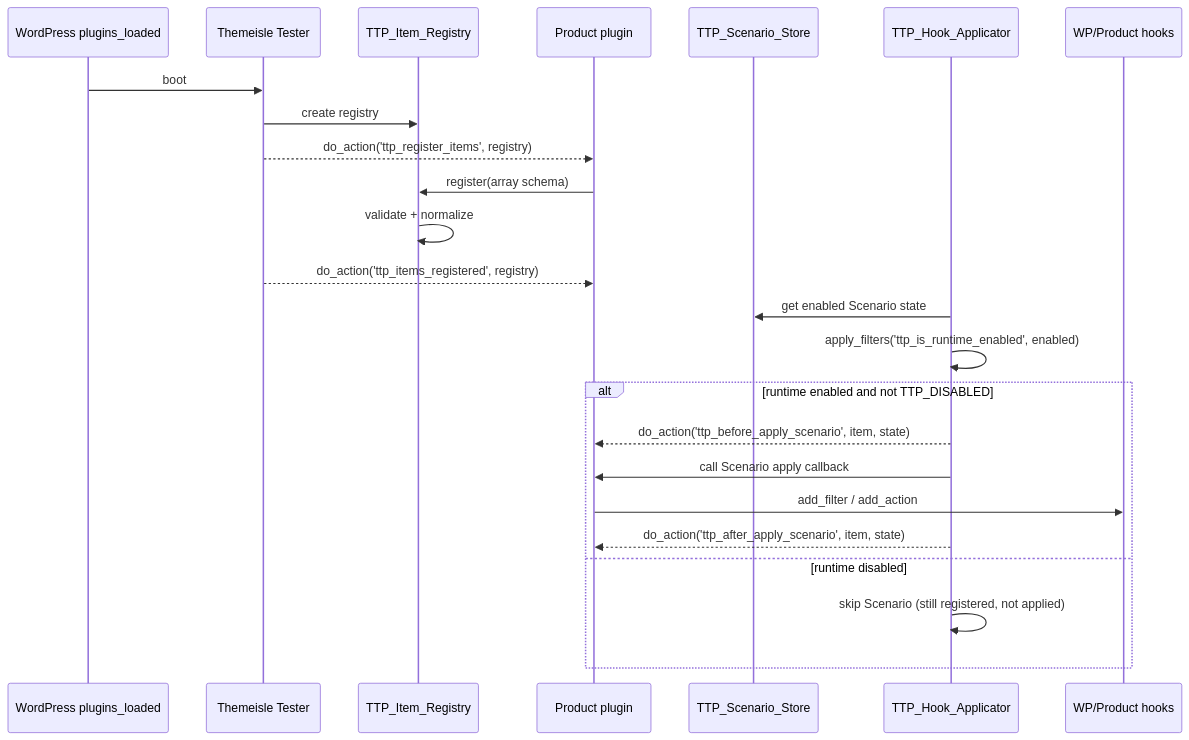
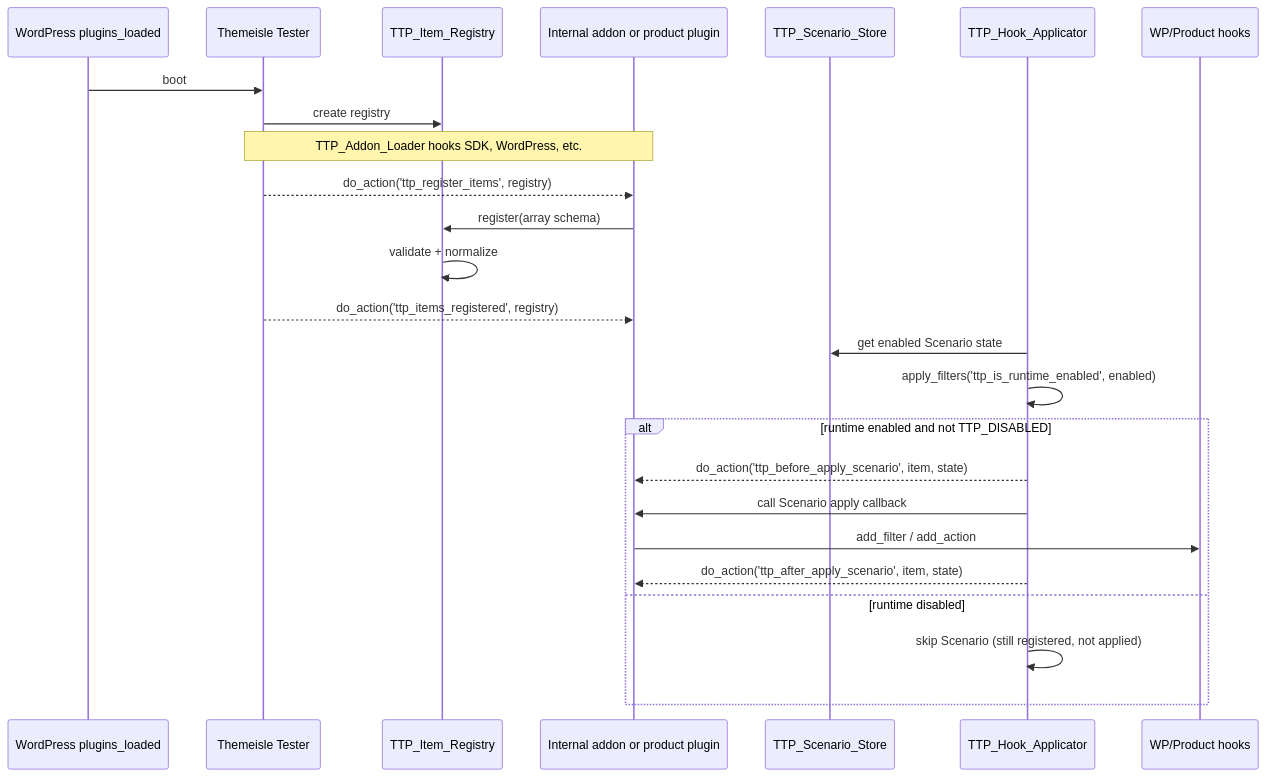
One commit to Soare-Robert-Daniel/themeisle-tester changed the fifth of 8 diagrams in docs/architecture.md. Above: the diagram before and after it, drawn with Mermaid. The commit also changed other lines of this file and 52 other files, not shown here.

````diff
--- a/docs/architecture.md
+++ b/docs/architecture.md
@@ -165,27 +175,28 @@
 ```mermaid
 sequenceDiagram
     participant WP as WordPress plugins_loaded
     participant Tester as Themeisle Tester
     participant Registry as TTP_Item_Registry
-    participant Product as Product plugin
+    participant Registrant as Internal addon or product plugin
     participant Store as TTP_Scenario_Store
     participant Applicator as TTP_Hook_Applicator
     participant Hooks as WP/Product hooks
 
     WP->>Tester: boot
     Tester->>Registry: create registry
-    Tester-->>Product: do_action('ttp_register_items', registry)
-    Product->>Registry: register(array schema)
+    Note over Tester,Registrant: TTP_Addon_Loader hooks SDK, WordPress, etc.
+    Tester-->>Registrant: do_action('ttp_register_items', registry)
+    Registrant->>Registry: register(array schema)
     Registry->>Registry: validate + normalize
-    Tester-->>Product: do_action('ttp_items_registered', registry)
+    Tester-->>Registrant: do_action('ttp_items_registered', registry)
     Applicator->>Store: get enabled Scenario state
     Applicator->>Applicator: apply_filters('ttp_is_runtime_enabled', enabled)
     alt runtime enabled and not TTP_DISABLED
-        Applicator-->>Product: do_action('ttp_before_apply_scenario', item, state)
-        Applicator->>Product: call Scenario apply callback
-        Product->>Hooks: add_filter / add_action
-        Applicator-->>Product: do_action('ttp_after_apply_scenario', item, state)
+        Applicator-->>Registrant: do_action('ttp_before_apply_scenario', item, state)
+        Applicator->>Registrant: call Scenario apply callback
+        Registrant->>Hooks: add_filter / add_action
+        Applicator-->>Registrant: do_action('ttp_after_apply_scenario', item, state)
     else runtime disabled
         Applicator->>Applicator: skip Scenario (still registered, not applied)
     end
 ```
````
